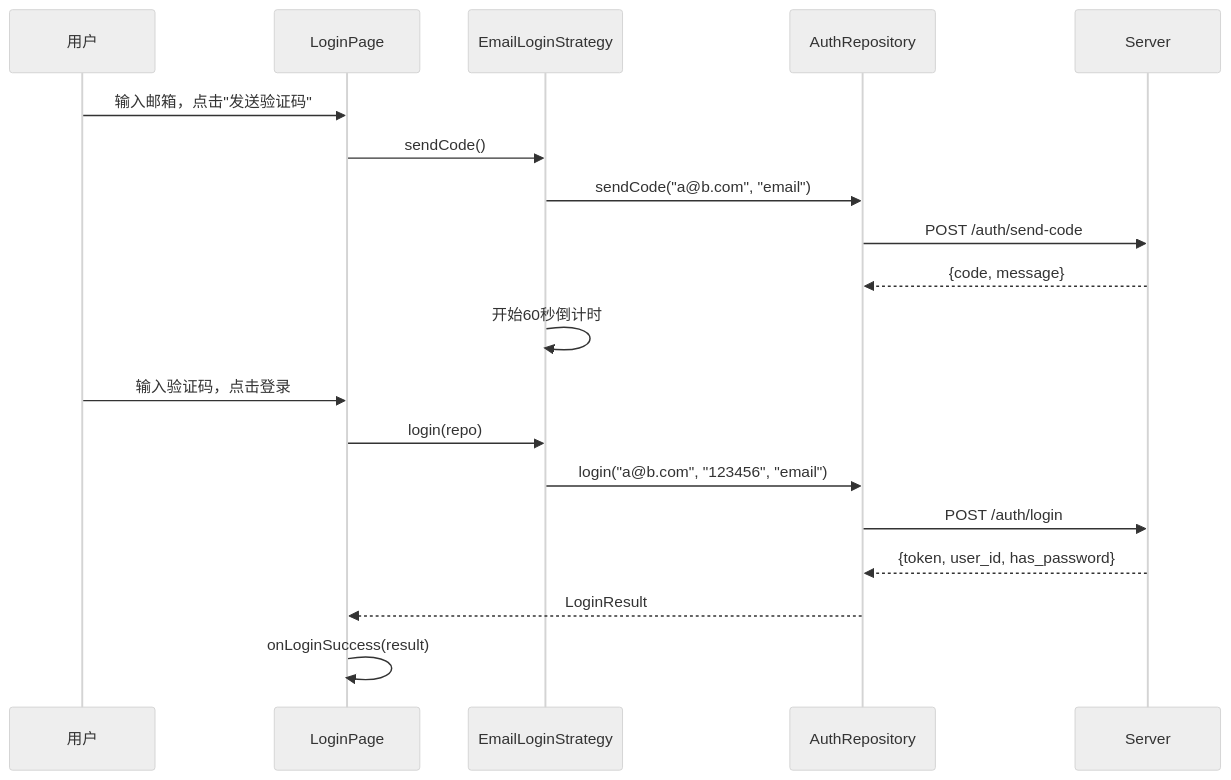
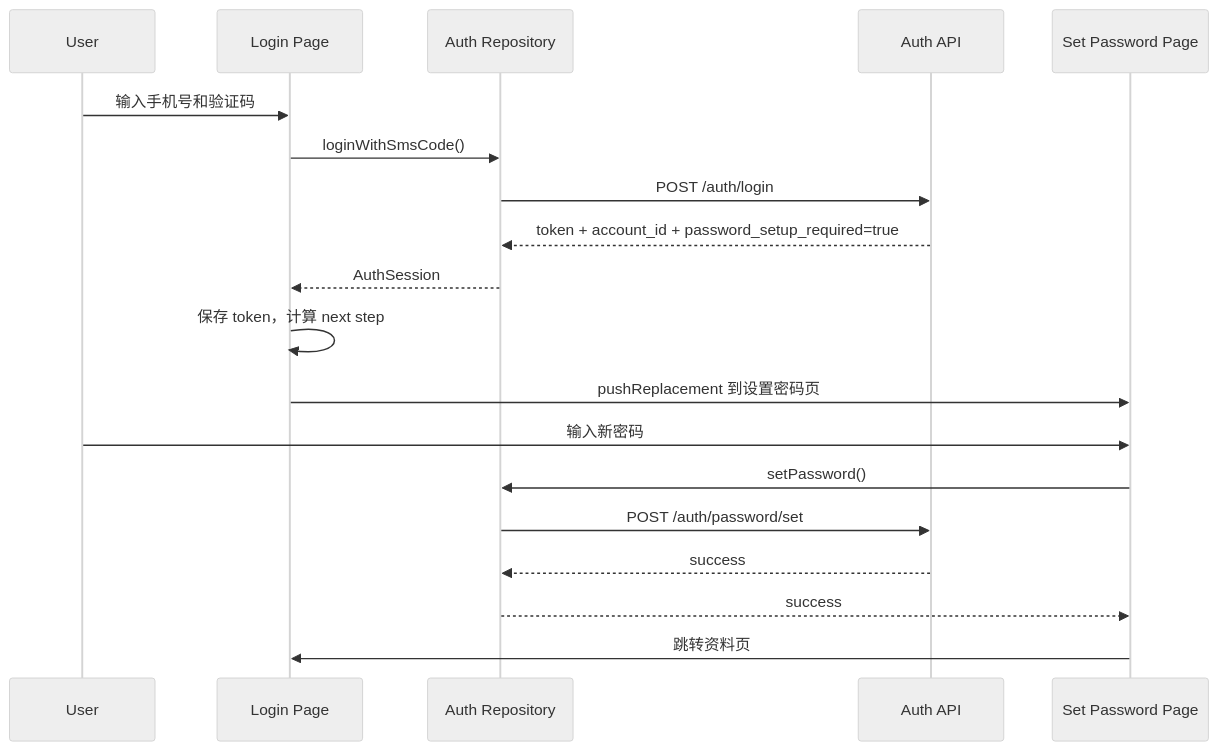
One commit to RainyJiang22/FlashIM_by_ai changed the first of 2 diagrams in docs/features/auth/v0.0.2/client/design.md. Above: the diagram before and after it, drawn with Mermaid (neutral theme). The commit also changed other lines of this file and 56 other files, not shown here.

````diff
--- a/docs/features/auth/v0.0.2/client/design.md
+++ b/docs/features/auth/v0.0.2/client/design.md
@@ -92,23 +174,22 @@
 ```mermaid
 sequenceDiagram
-    participant U as 用户
-    participant P as LoginPage
-    participant S as EmailLoginStrategy
-    participant R as AuthRepository
-    participant API as Server
+    participant U as User
+    participant L as Login Page
+    participant R as Auth Repository
+    participant A as Auth API
+    participant P as Set Password Page
 
-    U->>P: 输入邮箱，点击"发送验证码"
-    P->>S: sendCode()
-    S->>R: sendCode("a@b.com", "email")
-    R->>API: POST /auth/send-code
-    API-->>R: {code, message}
-    S->>S: 开始60秒倒计时
-
-    U->>P: 输入验证码，点击登录
-    P->>S: login(repo)
-    S->>R: login("a@b.com", "123456", "email")
-    R->>API: POST /auth/login
-    API-->>R: {token, user_id, has_password}
-    R-->>P: LoginResult
-    P->>P: onLoginSuccess(result)
+    U->>L: 输入手机号和验证码
+    L->>R: loginWithSmsCode()
+    R->>A: POST /auth/login
+    A-->>R: token + account_id + password_setup_required=true
+    R-->>L: AuthSession
+    L->>L: 保存 token，计算 next step
+    L->>P: pushReplacement 到设置密码页
+    U->>P: 输入新密码
+    P->>R: setPassword()
+    R->>A: POST /auth/password/set
+    A-->>R: success
+    R-->>P: success
+    P->>L: 跳转资料页
 ```
````
